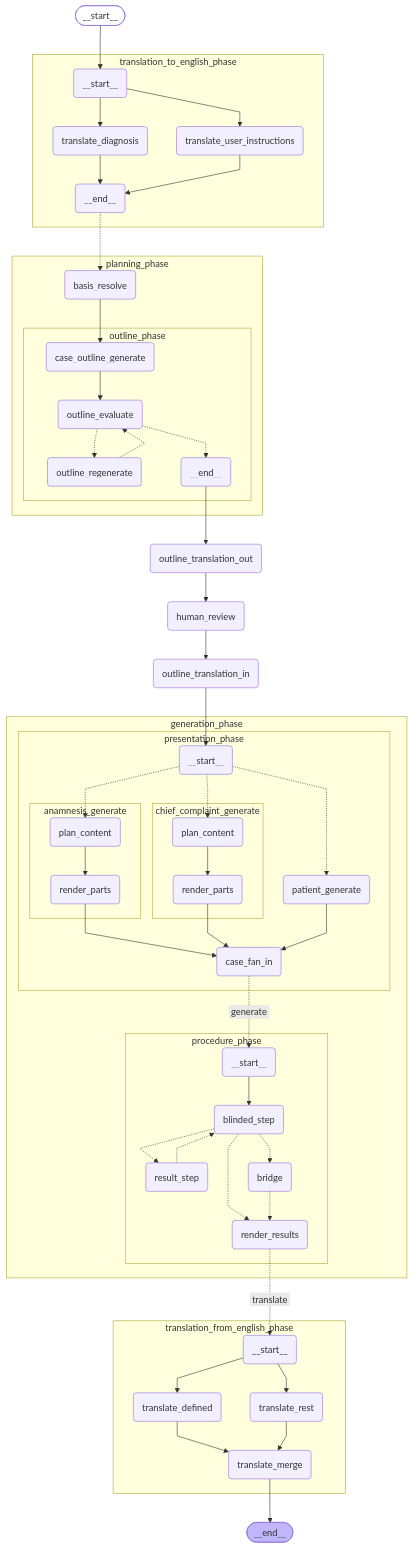
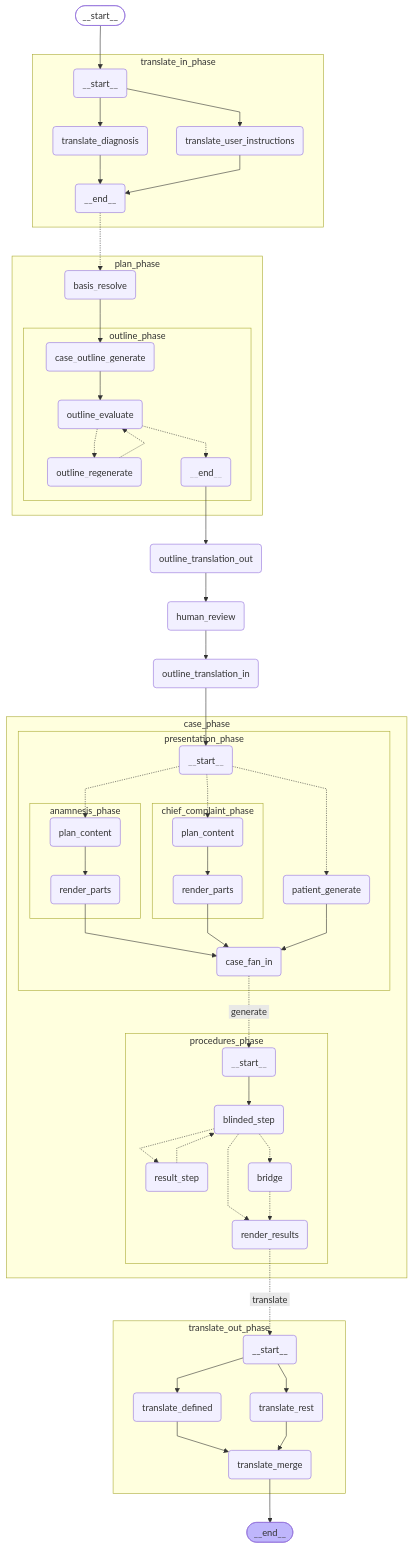
The diagram in docs/graphs/plan-mode.translation-sandwich.mmd (janthoXO/AetioMed), drawn with Mermaid before and after one commit. The commit also changed 34 other files, not shown here.

```diff
--- a/docs/graphs/plan-mode.translation-sandwich.mmd
+++ b/docs/graphs/plan-mode.translation-sandwich.mmd
@@ -1,89 +1,89 @@
 %%{init: {'flowchart': {'curve': 'linear'}}}%%
 graph TD;
 	__start__([<p>__start__</p>]):::first
-	translation_to_english_phase___start__(<p>__start__</p>)
-	translation_to_english_phase_translate_diagnosis(translate_diagnosis)
-	translation_to_english_phase_translate_user_instructions(translate_user_instructions)
-	translation_to_english_phase___end__(<p>__end__</p>)
-	planning_phase_basis_resolve(basis_resolve)
-	planning_phase_outline_phase_case_outline_generate(case_outline_generate)
-	planning_phase_outline_phase_outline_evaluate(outline_evaluate)
-	planning_phase_outline_phase_outline_regenerate(outline_regenerate)
-	planning_phase_outline_phase___end__(<p>__end__</p>)
+	translate_in_phase___start__(<p>__start__</p>)
+	translate_in_phase_translate_diagnosis(translate_diagnosis)
+	translate_in_phase_translate_user_instructions(translate_user_instructions)
+	translate_in_phase___end__(<p>__end__</p>)
+	plan_phase_basis_resolve(basis_resolve)
+	plan_phase_outline_phase_case_outline_generate(case_outline_generate)
+	plan_phase_outline_phase_outline_evaluate(outline_evaluate)
+	plan_phase_outline_phase_outline_regenerate(outline_regenerate)
+	plan_phase_outline_phase___end__(<p>__end__</p>)
 	outline_translation_out(outline_translation_out)
 	human_review(human_review)
 	outline_translation_in(outline_translation_in)
-	generation_phase_presentation_phase___start__(<p>__start__</p>)
-	generation_phase_presentation_phase_patient_generate(patient_generate)
-	generation_phase_presentation_phase_chief_complaint_generate_plan_content(plan_content)
-	generation_phase_presentation_phase_chief_complaint_generate_render_parts(render_parts)
-	generation_phase_presentation_phase_anamnesis_generate_plan_content(plan_content)
-	generation_phase_presentation_phase_anamnesis_generate_render_parts(render_parts)
-	generation_phase_presentation_phase_case_fan_in(case_fan_in)
-	generation_phase_procedure_phase___start__(<p>__start__</p>)
-	generation_phase_procedure_phase_blinded_step(blinded_step)
-	generation_phase_procedure_phase_result_step(result_step)
-	generation_phase_procedure_phase_bridge(bridge)
-	generation_phase_procedure_phase_render_results(render_results)
-	translation_from_english_phase___start__(<p>__start__</p>)
-	translation_from_english_phase_translate_defined(translate_defined)
-	translation_from_english_phase_translate_rest(translate_rest)
-	translation_from_english_phase_translate_merge(translate_merge)
+	case_phase_presentation_phase___start__(<p>__start__</p>)
+	case_phase_presentation_phase_patient_generate(patient_generate)
+	case_phase_presentation_phase_chief_complaint_phase_plan_content(plan_content)
+	case_phase_presentation_phase_chief_complaint_phase_render_parts(render_parts)
+	case_phase_presentation_phase_anamnesis_phase_plan_content(plan_content)
+	case_phase_presentation_phase_anamnesis_phase_render_parts(render_parts)
+	case_phase_presentation_phase_case_fan_in(case_fan_in)
+	case_phase_procedures_phase___start__(<p>__start__</p>)
+	case_phase_procedures_phase_blinded_step(blinded_step)
+	case_phase_procedures_phase_result_step(result_step)
+	case_phase_procedures_phase_bridge(bridge)
+	case_phase_procedures_phase_render_results(render_results)
+	translate_out_phase___start__(<p>__start__</p>)
+	translate_out_phase_translate_defined(translate_defined)
+	translate_out_phase_translate_rest(translate_rest)
+	translate_out_phase_translate_merge(translate_merge)
 	__end__([<p>__end__</p>]):::last
-	translation_to_english_phase___end__ -.-> planning_phase_basis_resolve;
-	generation_phase_procedure_phase_render_results -. &nbsp;translate&nbsp; .-> translation_from_english_phase___start__;
-	__start__ --> translation_to_english_phase___start__;
-	translation_from_english_phase_translate_merge --> __end__;
+	translate_in_phase___end__ -.-> plan_phase_basis_resolve;
+	case_phase_procedures_phase_render_results -. &nbsp;translate&nbsp; .-> translate_out_phase___start__;
+	__start__ --> translate_in_phase___start__;
+	translate_out_phase_translate_merge --> __end__;
 	human_review --> outline_translation_in;
-	outline_translation_in --> generation_phase_presentation_phase___start__;
+	outline_translation_in --> case_phase_presentation_phase___start__;
 	outline_translation_out --> human_review;
-	planning_phase_outline_phase___end__ --> outline_translation_out;
-	subgraph translation_to_english_phase
-	translation_to_english_phase___start__ --> translation_to_english_phase_translate_diagnosis;
-	translation_to_english_phase___start__ --> translation_to_english_phase_translate_user_instructions;
-	translation_to_english_phase_translate_diagnosis --> translation_to_english_phase___end__;
-	translation_to_english_phase_translate_user_instructions --> translation_to_english_phase___end__;
+	plan_phase_outline_phase___end__ --> outline_translation_out;
+	subgraph translate_in_phase
+	translate_in_phase___start__ --> translate_in_phase_translate_diagnosis;
+	translate_in_phase___start__ --> translate_in_phase_translate_user_instructions;
+	translate_in_phase_translate_diagnosis --> translate_in_phase___end__;
+	translate_in_phase_translate_user_instructions --> translate_in_phase___end__;
 	end
-	subgraph planning_phase
+	subgraph plan_phase
 	subgraph outline_phase
-	planning_phase_outline_phase_case_outline_generate --> planning_phase_outline_phase_outline_evaluate;
-	planning_phase_outline_phase_outline_evaluate -.-> planning_phase_outline_phase_outline_regenerate;
-	planning_phase_outline_phase_outline_evaluate -.-> planning_phase_outline_phase___end__;
-	planning_phase_outline_phase_outline_regenerate -.-> planning_phase_outline_phase_outline_evaluate;
+	plan_phase_outline_phase_case_outline_generate --> plan_phase_outline_phase_outline_evaluate;
+	plan_phase_outline_phase_outline_evaluate -.-> plan_phase_outline_phase_outline_regenerate;
+	plan_phase_outline_phase_outline_evaluate -.-> plan_phase_outline_phase___end__;
+	plan_phase_outline_phase_outline_regenerate -.-> plan_phase_outline_phase_outline_evaluate;
 	end
-	planning_phase_basis_resolve --> planning_phase_outline_phase_case_outline_generate;
+	plan_phase_basis_resolve --> plan_phase_outline_phase_case_outline_generate;
 	end
-	subgraph generation_phase
+	subgraph case_phase
 	subgraph presentation_phase
-	subgraph chief_complaint_generate
-	generation_phase_presentation_phase_chief_complaint_generate_plan_content --> generation_phase_presentation_phase_chief_complaint_generate_render_parts;
+	subgraph chief_complaint_phase
+	case_phase_presentation_phase_chief_complaint_phase_plan_content --> case_phase_presentation_phase_chief_complaint_phase_render_parts;
 	end
-	subgraph anamnesis_generate
-	generation_phase_presentation_phase_anamnesis_generate_plan_content --> generation_phase_presentation_phase_anamnesis_generate_render_parts;
+	subgraph anamnesis_phase
+	case_phase_presentation_phase_anamnesis_phase_plan_content --> case_phase_presentation_phase_anamnesis_phase_render_parts;
 	end
-	generation_phase_presentation_phase_anamnesis_generate_render_parts --> generation_phase_presentation_phase_case_fan_in;
-	generation_phase_presentation_phase_chief_complaint_generate_render_parts --> generation_phase_presentation_phase_case_fan_in;
-	generation_phase_presentation_phase_patient_generate --> generation_phase_presentation_phase_case_fan_in;
-	generation_phase_presentation_phase___start__ -.-> generation_phase_presentation_phase_patient_generate;
-	generation_phase_presentation_phase___start__ -.-> generation_phase_presentation_phase_chief_complaint_generate_plan_content;
-	generation_phase_presentation_phase___start__ -.-> generation_phase_presentation_phase_anamnesis_generate_plan_content;
+	case_phase_presentation_phase_anamnesis_phase_render_parts --> case_phase_presentation_phase_case_fan_in;
+	case_phase_presentation_phase_chief_complaint_phase_render_parts --> case_phase_presentation_phase_case_fan_in;
+	case_phase_presentation_phase_patient_generate --> case_phase_presentation_phase_case_fan_in;
+	case_phase_presentation_phase___start__ -.-> case_phase_presentation_phase_patient_generate;
+	case_phase_presentation_phase___start__ -.-> case_phase_presentation_phase_chief_complaint_phase_plan_content;
+	case_phase_presentation_phase___start__ -.-> case_phase_presentation_phase_anamnesis_phase_plan_content;
 	end
-	subgraph procedure_phase
-	generation_phase_procedure_phase___start__ --> generation_phase_procedure_phase_blinded_step;
-	generation_phase_procedure_phase_blinded_step -.-> generation_phase_procedure_phase_result_step;
-	generation_phase_procedure_phase_blinded_step -.-> generation_phase_procedure_phase_bridge;
-	generation_phase_procedure_phase_blinded_step -.-> generation_phase_procedure_phase_render_results;
-	generation_phase_procedure_phase_result_step -.-> generation_phase_procedure_phase_blinded_step;
-	generation_phase_procedure_phase_bridge -.-> generation_phase_procedure_phase_render_results;
+	subgraph procedures_phase
+	case_phase_procedures_phase___start__ --> case_phase_procedures_phase_blinded_step;
+	case_phase_procedures_phase_blinded_step -.-> case_phase_procedures_phase_result_step;
+	case_phase_procedures_phase_blinded_step -.-> case_phase_procedures_phase_bridge;
+	case_phase_procedures_phase_blinded_step -.-> case_phase_procedures_phase_render_results;
+	case_phase_procedures_phase_result_step -.-> case_phase_procedures_phase_blinded_step;
+	case_phase_procedures_phase_bridge -.-> case_phase_procedures_phase_render_results;
 	end
-	generation_phase_presentation_phase_case_fan_in -. &nbsp;generate&nbsp; .-> generation_phase_procedure_phase___start__;
+	case_phase_presentation_phase_case_fan_in -. &nbsp;generate&nbsp; .-> case_phase_procedures_phase___start__;
 	end
-	subgraph translation_from_english_phase
-	translation_from_english_phase___start__ --> translation_from_english_phase_translate_defined;
-	translation_from_english_phase___start__ --> translation_from_english_phase_translate_rest;
-	translation_from_english_phase_translate_defined --> translation_from_english_phase_translate_merge;
-	translation_from_english_phase_translate_rest --> translation_from_english_phase_translate_merge;
+	subgraph translate_out_phase
+	translate_out_phase___start__ --> translate_out_phase_translate_defined;
+	translate_out_phase___start__ --> translate_out_phase_translate_rest;
+	translate_out_phase_translate_defined --> translate_out_phase_translate_merge;
+	translate_out_phase_translate_rest --> translate_out_phase_translate_merge;
 	end
 	classDef default fill:#f2f0ff,line-height:1.2;
 	classDef first fill-opacity:0;
 	classDef last fill:#bfb6fc;
```
